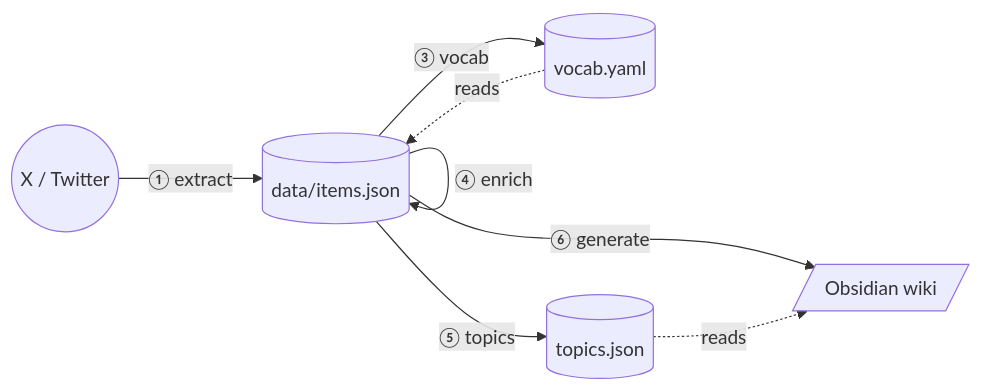
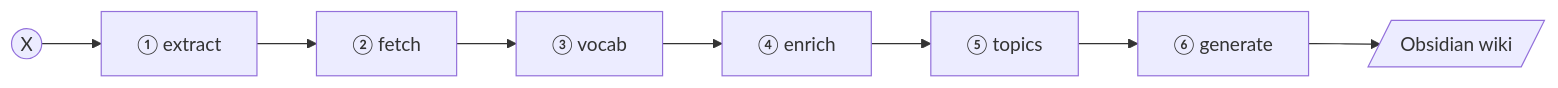
The second of 3 diagrams in README.md (VGonPa/xbrain), drawn with Mermaid before and after one commit. The commit also changed other lines of this file and 1 other file, not shown here.

Commit message:
docs: add step-by-step pipeline diagram + fix README ② self-loop
ARCHITECTURE.md:
- Add a temporal "step by step" Mermaid diagram at the top of the pipeline
  section. The existing diagram is architectural (what reads what); this one
  is sequential (what runs, in order, with what it reads/writes and the key
  invariant of each step). It is the answer to "what happens in each phase".
- Document the off-the-main-loop ops: import-archive, sync, status.

README.md:
- Replace the pipeline diagram. The previous one self-looped items.json on
  stage ②, which Mermaid renders by hiding the edge label — so ② "fetch"
  was invisible. The new diagram is a clean linear flow; the artifact-hub
  detail moves to a sentence below.

````diff
--- a/README.md
+++ b/README.md
@@ -307,11 +307,10 @@
 ```mermaid
 flowchart LR
-    X((X / Twitter)) -->|"① extract"| D[(data/items.json)]
-    D -->|"② fetch"| D
-    D -->|"③ vocab"| V[(vocab.yaml)]
-    D -->|"④ enrich"| D
-    V -.->|reads| D
-    D -->|"⑤ topics"| T[(topics.json)]
-    D -->|"⑥ generate"| W[/"Obsidian wiki"/]
-    T -.->|reads| W
+    X((X)) --> E["① extract"]
+    E --> F["② fetch"]
+    F --> V["③ vocab"]
+    V --> En["④ enrich"]
+    En --> T["⑤ topics"]
+    T --> G["⑥ generate"]
+    G --> W[/Obsidian wiki/]
 ```
````
